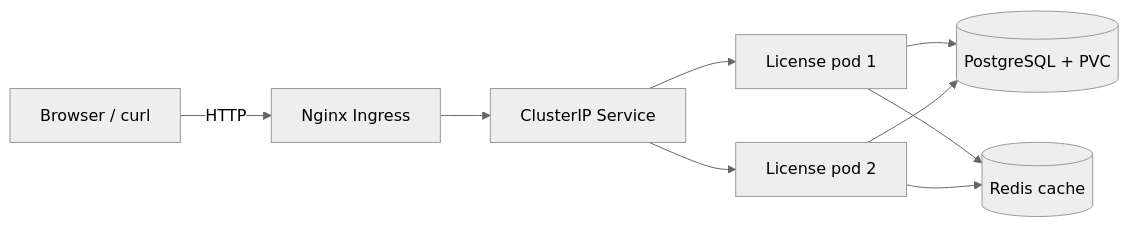
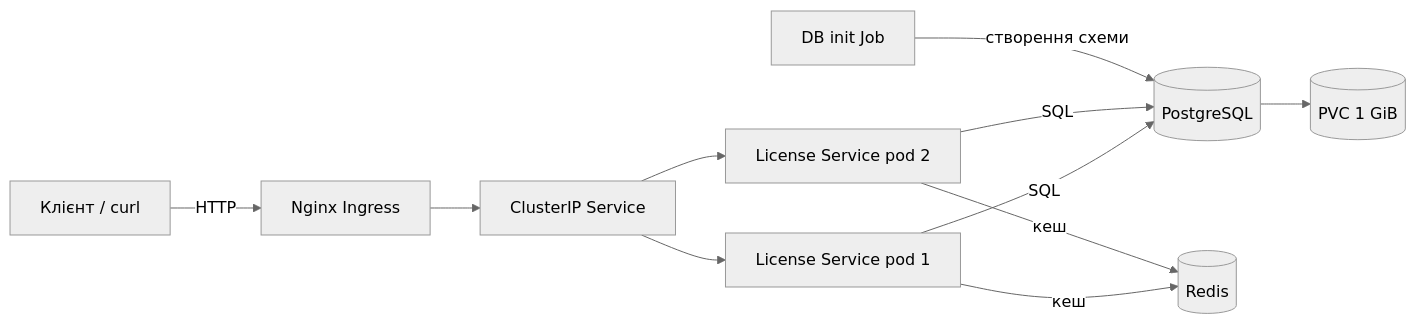
Before and after one commit to MTGMODS/labs-license-management-platform: the diagram in docs/devops-lab3.md, drawn with Mermaid (neutral theme). The commit also changed other lines of this file and 3 other files, not shown here.

````diff
--- a/docs/devops-lab3.md
+++ b/docs/devops-lab3.md
@@ -12,11 +68,13 @@
 ```mermaid
 flowchart LR
-    Client[Browser / curl] -->|HTTP| Ingress[Nginx Ingress]
+    Client[Клієнт / curl] -->|HTTP| Ingress[Nginx Ingress]
     Ingress --> Service[ClusterIP Service]
-    Service --> Pod1[License pod 1]
-    Service --> Pod2[License pod 2]
-    Pod1 --> Postgres[(PostgreSQL + PVC)]
-    Pod2 --> Postgres
-    Pod1 --> Redis[(Redis cache)]
-    Pod2 --> Redis
+    Service --> Pod1[License Service pod 1]
+    Service --> Pod2[License Service pod 2]
+    Pod1 -->|SQL| Postgres[(PostgreSQL)]
+    Pod2 -->|SQL| Postgres
+    Pod1 -->|кеш| Redis[(Redis)]
+    Pod2 -->|кеш| Redis
+    Postgres --> PVC[(PVC 1 GiB)]
+    InitJob[DB init Job] -->|створення схеми| Postgres
 ```
````
